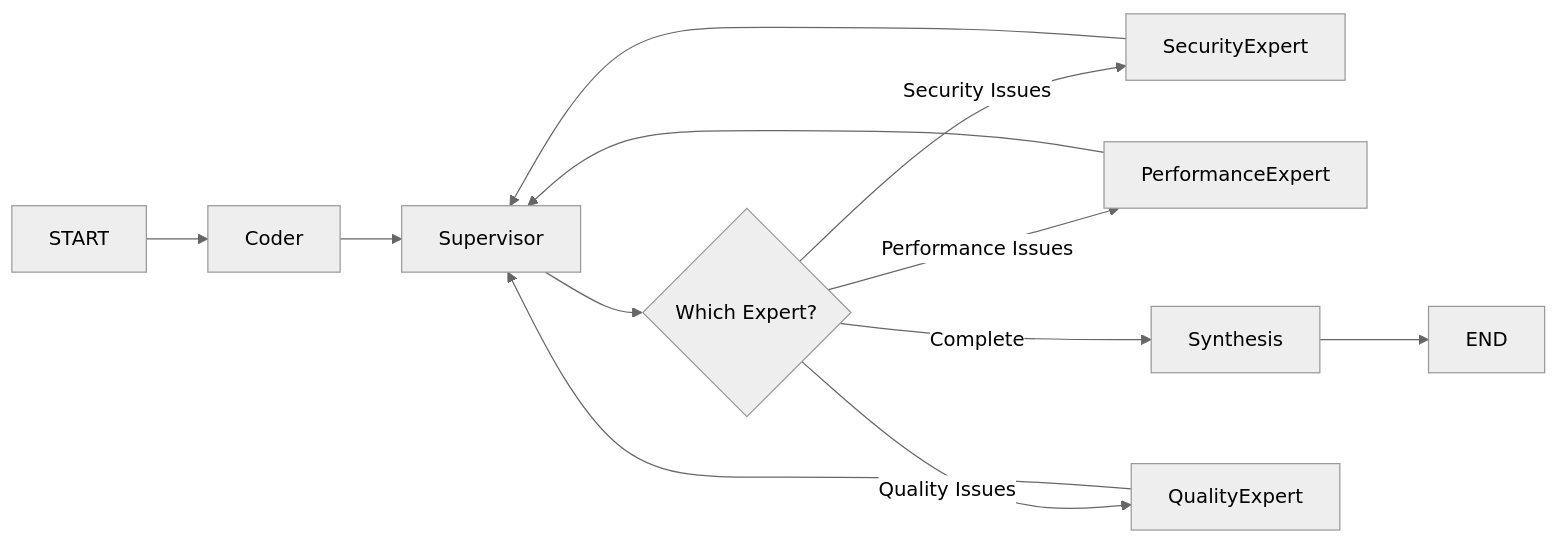
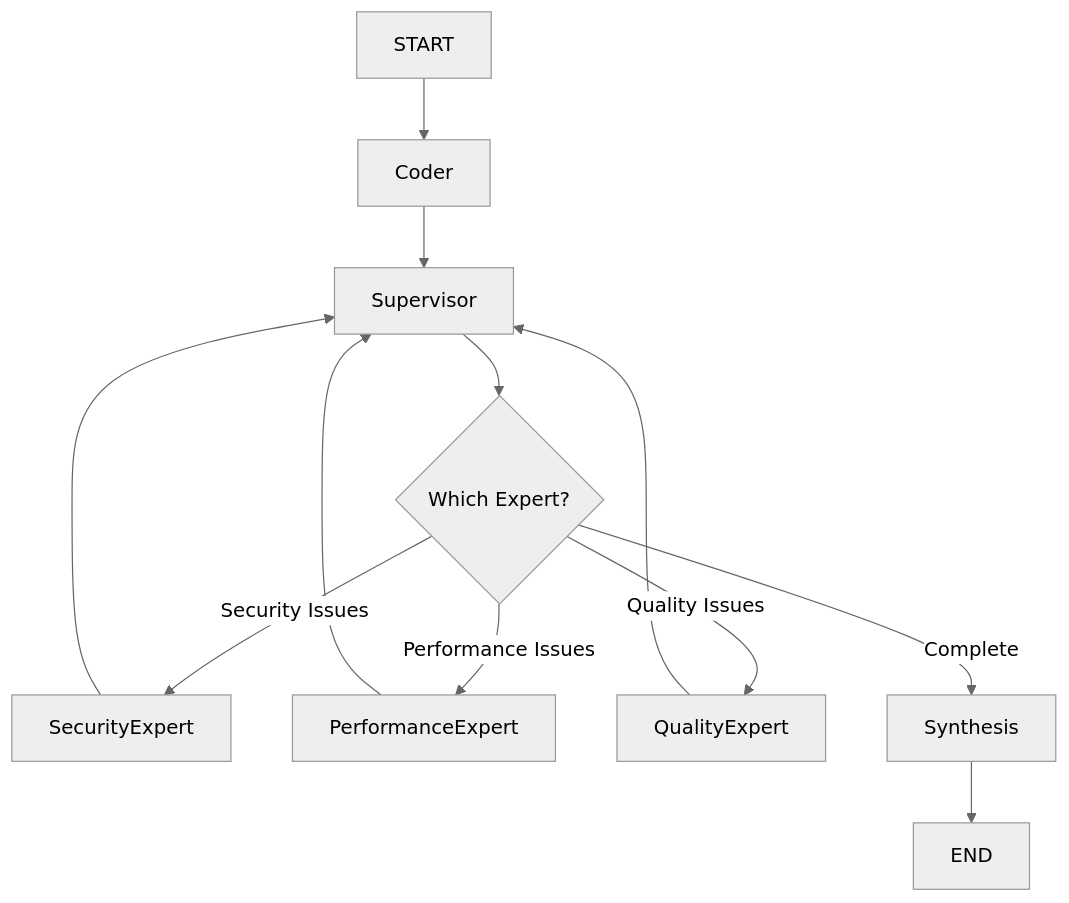
Before and after one commit to rulala/fac-ws_ai_multi-agent: the fourth of 6 diagrams in PATTERNS.md, drawn with Mermaid (neutral theme).

````diff
--- a/PATTERNS.md
+++ b/PATTERNS.md
@@ -72,14 +72,14 @@
 ```mermaid
-graph LR
-    START --> Coder
-    Coder --> Supervisor
-    Supervisor --> Decision{Which Expert?}
-    Decision -->|Security Issues| SecurityExpert
-    Decision -->|Performance Issues| PerformanceExpert
-    Decision -->|Complete| Synthesis
-    Decision -->|Quality Issues| QualityExpert
-    SecurityExpert --> Supervisor
-    PerformanceExpert --> Supervisor
-    Synthesis --> END
-    QualityExpert --> Supervisor
+graph TD
+   START --> Coder
+   Coder --> Supervisor
+   Supervisor --> Decision{Which Expert?}
+   Decision -->|Security Issues| SecurityExpert
+   Decision -->|Performance Issues| PerformanceExpert
+   Decision -->|Quality Issues| QualityExpert
+   Decision -->|Complete| Synthesis
+   SecurityExpert --> Supervisor
+   PerformanceExpert --> Supervisor
+   QualityExpert --> Supervisor
+   Synthesis --> END
 ```
````
